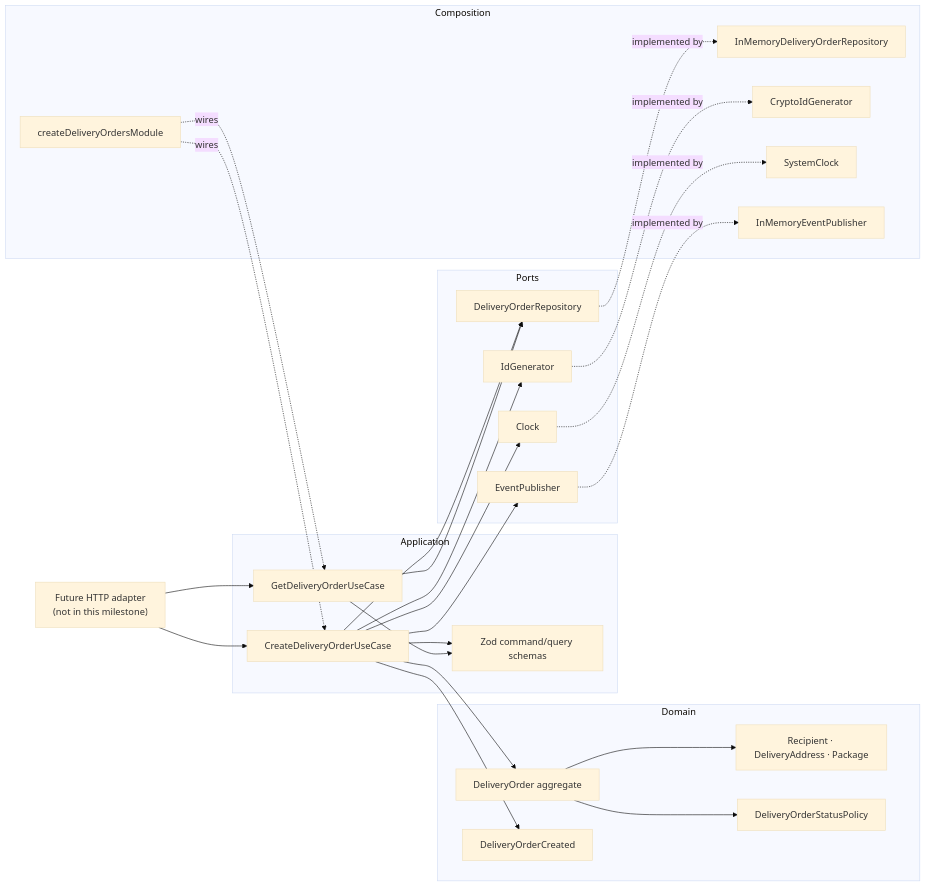
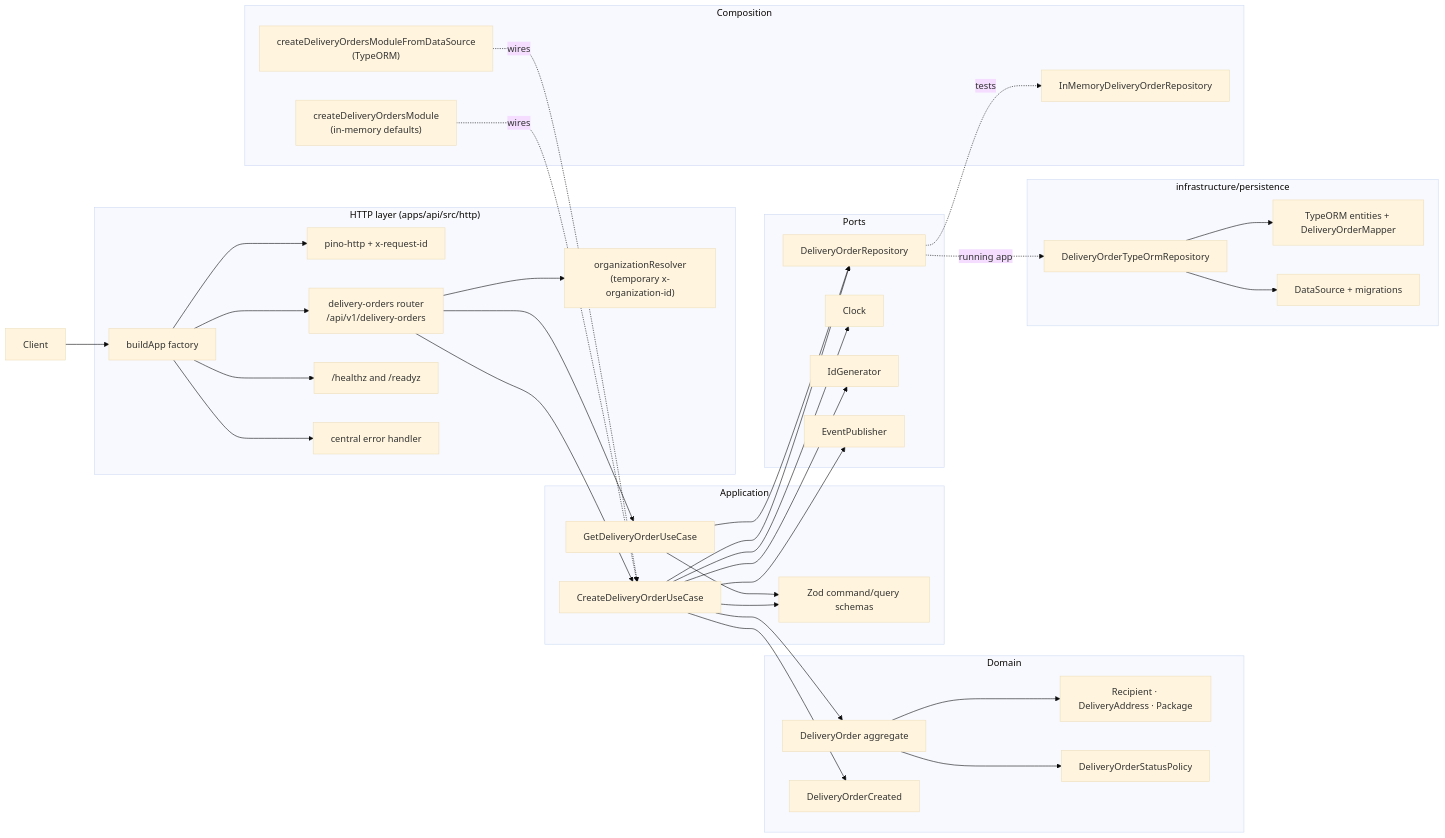
One commit to YordyBl/erp-logistic-gps changed the first of 3 diagrams in apps/api/src/modules/delivery-orders/docs/architecture.md. Above: the diagram before and after it, drawn with Mermaid (base theme). The commit also changed other lines of this file and 9 other files, not shown here.

````diff
--- a/apps/api/src/modules/delivery-orders/docs/architecture.md
+++ b/apps/api/src/modules/delivery-orders/docs/architecture.md
@@ -21,52 +24,71 @@
 ```mermaid
 flowchart LR
-    Caller["Future HTTP adapter<br/>(not in this milestone)"]
+    Client["Client"]
+
+    subgraph HTTPLayer["HTTP layer (apps/api/src/http)"]
+        App["buildApp factory"]
+        Log["pino-http + x-request-id"]
+        Routes["delivery-orders router<br/>/api/v1/delivery-orders"]
+        Org["organizationResolver<br/>(temporary x-organization-id)"]
+        Health["/healthz and /readyz"]
+        ErrorHandler["central error handler"]
+    end
 
     subgraph Application
         Create["CreateDeliveryOrderUseCase"]
         Get["GetDeliveryOrderUseCase"]
         Schema["Zod command/query schemas"]
     end
 
     subgraph Domain
         Order["DeliveryOrder aggregate"]
         VOs["Recipient · DeliveryAddress · Package"]
         Policy["DeliveryOrderStatusPolicy"]
         Event["DeliveryOrderCreated"]
     end
 
     subgraph Ports
         Repo["DeliveryOrderRepository"]
         Clock["Clock"]
         Ids["IdGenerator"]
         Events["EventPublisher"]
     end
 
-    subgraph Composition
-        Root["createDeliveryOrdersModule"]
-        Memory["InMemoryDeliveryOrderRepository"]
-        Crypto["CryptoIdGenerator"]
-        SystemClock["SystemClock"]
-        Recorder["InMemoryEventPublisher"]
+    subgraph Persistence["infrastructure/persistence"]
+        TypeOrmRepo["DeliveryOrderTypeOrmRepository"]
+        Mapper["TypeORM entities + DeliveryOrderMapper"]
+        DataSource["DataSource + migrations"]
     end
 
-    Caller --> Create
-    Caller --> Get
+    subgraph Composition
+        Root["createDeliveryOrdersModule<br/>(in-memory defaults)"]
+        FromDataSource["createDeliveryOrdersModuleFromDataSource<br/>(TypeORM)"]
+        Memory["InMemoryDeliveryOrderRepository"]
+    end
+
+    Client --> App
+    App --> Log
+    App --> Routes
+    App --> Health
+    App --> ErrorHandler
+    Routes --> Org
+    Routes --> Create
+    Routes --> Get
     Create --> Schema
     Get --> Schema
     Create --> Order
     Order --> VOs
     Order --> Policy
     Create --> Event
     Create --> Repo
     Create --> Clock
     Create --> Ids
     Create --> Events
     Get --> Repo
-    Repo -. implemented by .-> Memory
-    Ids -. implemented by .-> Crypto
-    Clock -. implemented by .-> SystemClock
-    Events -. implemented by .-> Recorder
+    Repo -. tests .-> Memory
+    Repo -. running app .-> TypeOrmRepo
+    TypeOrmRepo --> Mapper
+    TypeOrmRepo --> DataSource
     Root -. wires .-> Create
-    Root -. wires .-> Get
+    FromDataSource -. wires .-> Create
 ```
````
